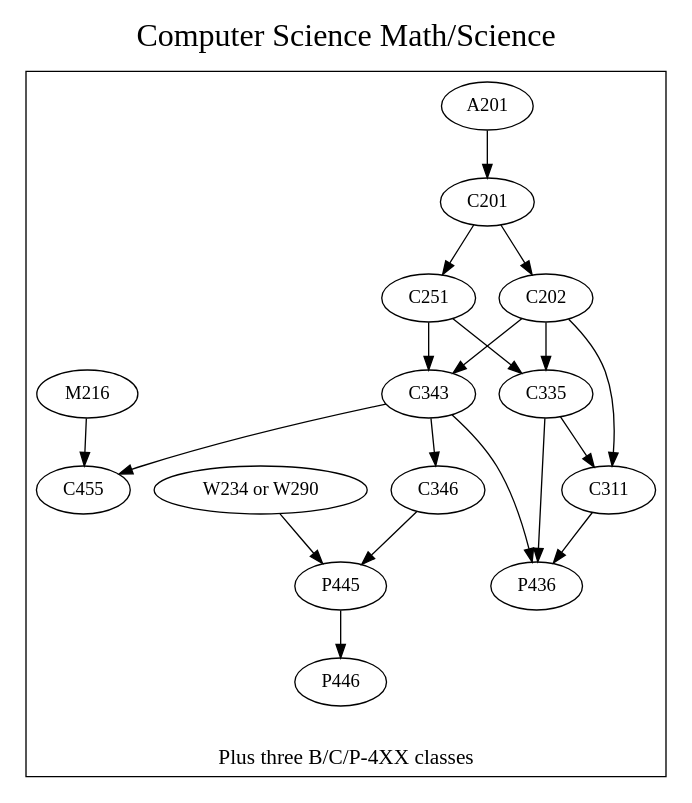
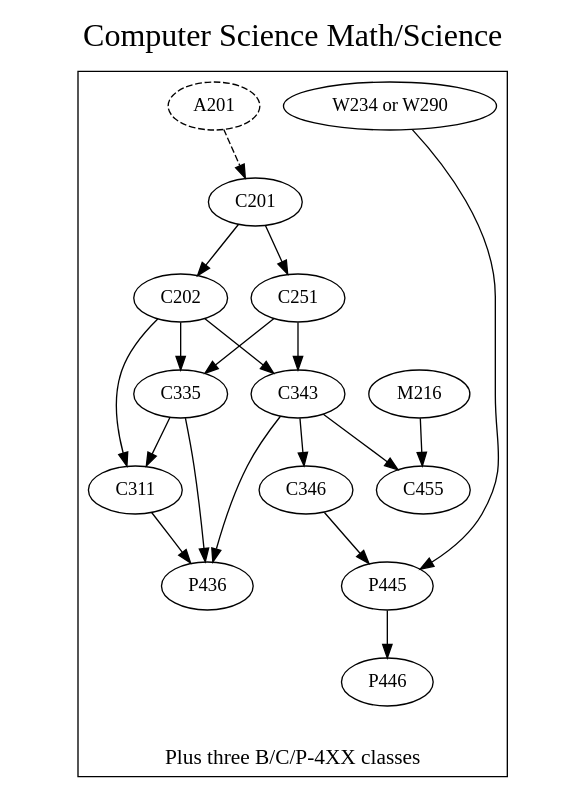
One commit to IUS-CS/GraduationGraph changed the diagram in MathSci.dot. Above: the diagram before and after it, drawn with Graphviz. The commit also changed 1 other file, not shown here.

```diff
--- a/MathSci.dot
+++ b/MathSci.dot
@@ -1,48 +1,50 @@
 digraph G {
 node[style=solid]; rankdir=TB;
 
 labelloc=t
 fontsize=24
 label="Computer Science Math/Science\n"
 
 subgraph cluster0 {
 fontsize=16
 style="solid"
 labelloc=b label="\nPlus three B/C/P-4XX classes"
 
-A201
+
+W234orW290->C201 [style=invis]
+A201 [style=dashed]
+W234orW290 [label="W234 or W290"]  {rank="max";}
 C201
 C202
 C251
 C335
 C343
 C346
 C311
 P436
 C455
 P445
 P446
-W234orW290 [label="W234 or W290"]
 M216
 }
 
-A201->C201
+A201->C201 [style=dashed]
 C201->C202
 C201->C251
 C202->C335
 C251->C335
 C251->C343
 C202->C343
 C343->C346
 C202->C311
 C335->C311
 C343->P436
 C335->P436
 C311->P436
 M216->C455
 C343->C455
 C346->P445
 W234orW290->P445
 P445->P446
 
 }
```
